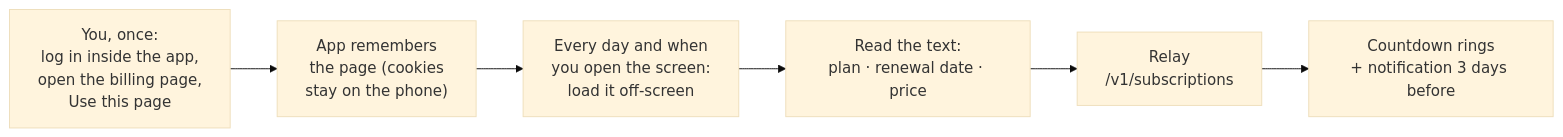
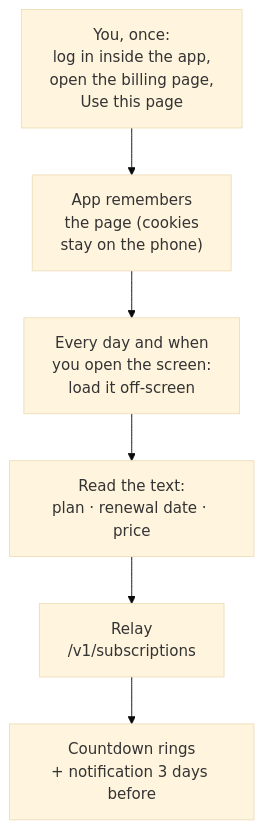
One commit to mixx86/hivepal changed the seventh of 8 diagrams in docs/concepts/how-it-works.md. Above: the diagram before and after it, drawn with Mermaid (base theme). The commit also changed other lines of this file and 1 other file, not shown here.

First line of the commit message:
Docs: narrower diagrams so they stay readable on the website

````diff
--- a/docs/concepts/how-it-works.md
+++ b/docs/concepts/how-it-works.md
@@ -154,8 +154,8 @@
 ```mermaid
-flowchart LR
+flowchart TB
     U["You, once:<br/>log in inside the app,<br/>open the billing page,<br/>Use this page"] --> S["App remembers<br/>the page (cookies<br/>stay on the phone)"]
     S --> W["Every day and when<br/>you open the screen:<br/>load it off-screen"]
     W --> X["Read the text:<br/>plan · renewal date · price"]
     X --> R["Relay<br/>/v1/subscriptions"]
     R --> UI["Countdown rings<br/>+ notification 3 days before"]
 ```
````
